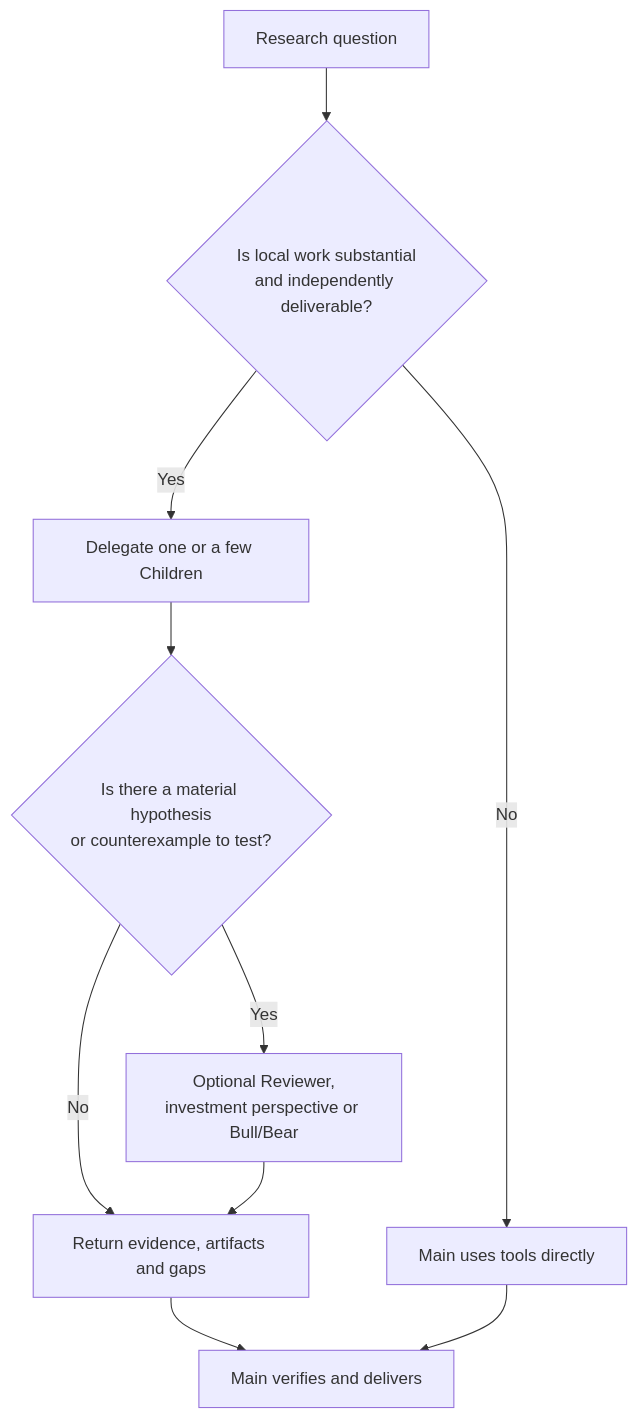
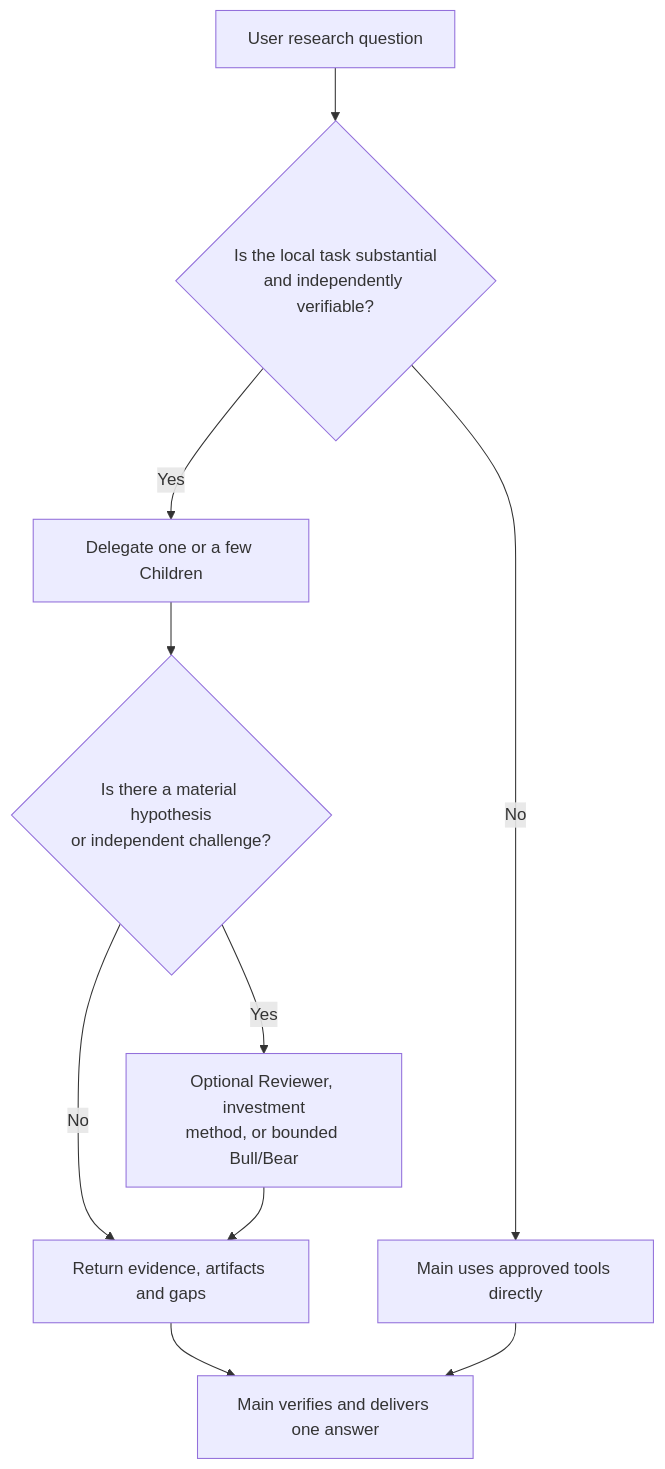
One commit to hpoenixf/eff-agent-article changed the fourth of 4 diagrams in en/articles/agent-subagent-context-specialization.md. Above: the diagram before and after it, drawn with Mermaid. The commit also changed other lines of this file, not shown here.

````diff
--- a/en/articles/agent-subagent-context-specialization.md
+++ b/en/articles/agent-subagent-context-specialization.md
@@ -104,12 +224,12 @@
 ```mermaid
 flowchart TD
-    Q["Research question"] --> Long{"Is local work substantial<br/>and independently deliverable?"}
-    Long -- "No" --> Direct["Main uses tools directly"]
+    Q["User research question"] --> Long{"Is the local task substantial<br/>and independently verifiable?"}
+    Long -- "No" --> Direct["Main uses approved tools directly"]
     Long -- "Yes" --> Child["Delegate one or a few Children"]
-    Child --> Need{"Is there a material hypothesis<br/>or counterexample to test?"}
-    Need -- "Yes" --> Review["Optional Reviewer,<br/>investment perspective or Bull/Bear"]
+    Child --> Need{"Is there a material hypothesis<br/>or independent challenge?"}
+    Need -- "Yes" --> Review["Optional Reviewer, investment<br/>method, or bounded Bull/Bear"]
     Need -- "No" --> Integrate["Return evidence, artifacts and gaps"]
     Review --> Integrate
-    Integrate --> Main["Main verifies and delivers"]
+    Integrate --> Main["Main verifies and delivers one answer"]
     Direct --> Main
 ```
````
